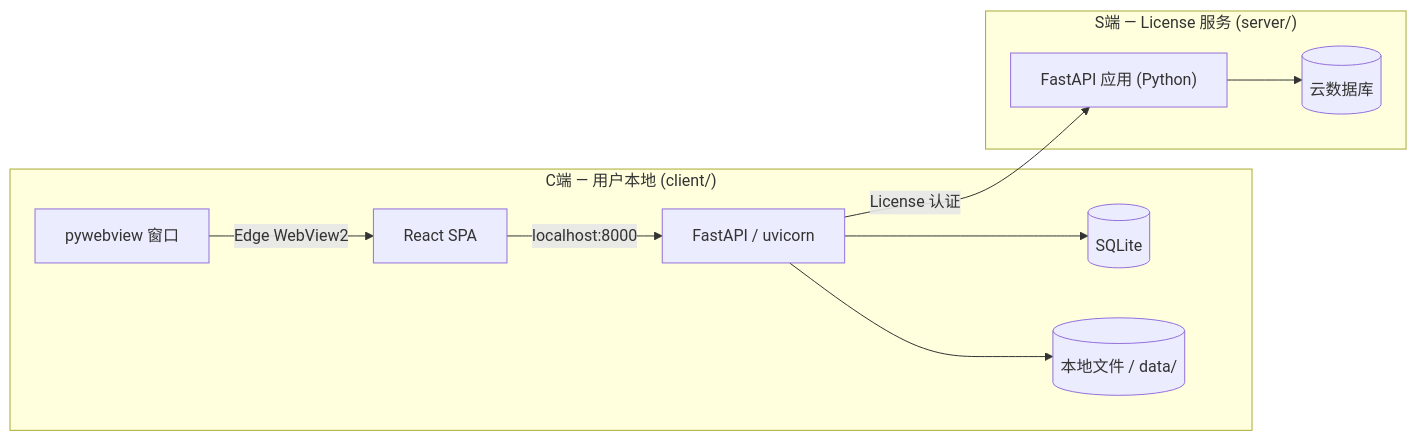
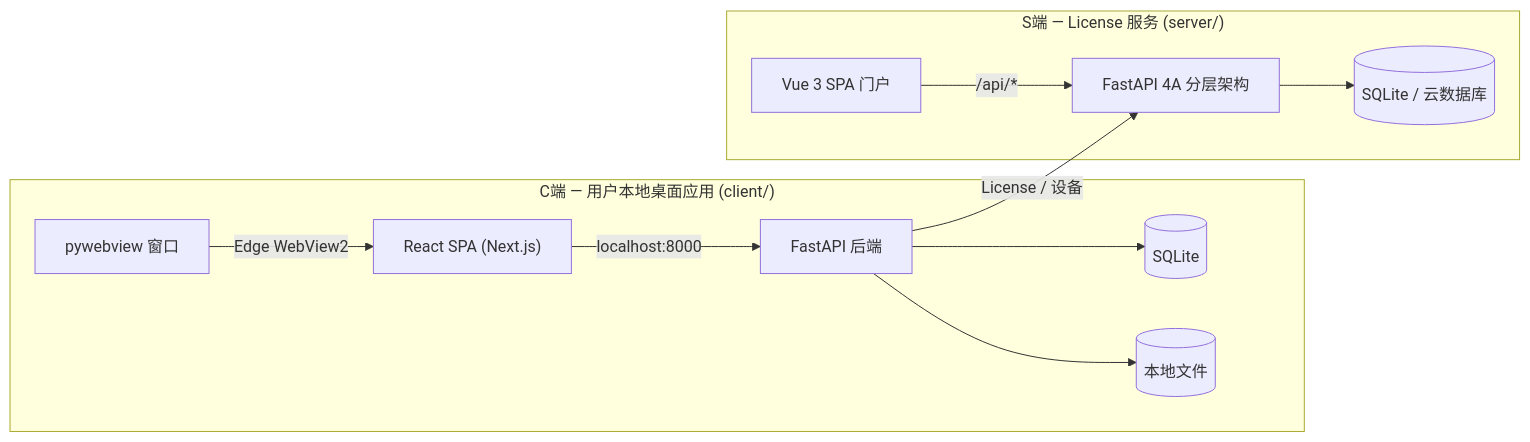
One commit to modoojunko/ai-novel changed the diagram in CLAUDE.md. Above: the diagram before and after it, drawn with Mermaid. The commit also changed other lines of this file, not shown here.

````diff
--- a/CLAUDE.md
+++ b/CLAUDE.md
@@ -102,21 +109,23 @@
 ```mermaid
 flowchart LR
-    subgraph client ["C端 — 用户本地 (client/)"]
-        FastAPI["FastAPI / uvicorn"]
-        SPA["React SPA"]
+    subgraph client ["C端 — 用户本地桌面应用 (client/)"]
         pywebview["pywebview 窗口"]
+        ReactSPA["React SPA (Next.js)"]
+        FastAPI["FastAPI 后端"]
         SQLite[("SQLite")]
-        FS[("本地文件 / data/")]
+        FS[("本地文件")]
     end
     subgraph server ["S端 — License 服务 (server/)"]
-        ServerApp["FastAPI 应用 (Python)"]
-        CDB[("云数据库")]
+        VueSPA["Vue 3 SPA 门户"]
+        S_Backend["FastAPI 4A 分层架构"]
+        CDB[("SQLite / 云数据库")]
     end
     
-    pywebview -->|Edge WebView2| SPA
-    SPA -->|localhost:8000| FastAPI
+    pywebview -->|Edge WebView2| ReactSPA
+    ReactSPA -->|localhost:8000| FastAPI
     FastAPI --> SQLite
     FastAPI --> FS
-    FastAPI -->|License 认证| ServerApp
-    ServerApp --> CDB
+    FastAPI -->|License / 设备| S_Backend
+    VueSPA -->|/api/*| S_Backend
+    S_Backend --> CDB
 ```
````
